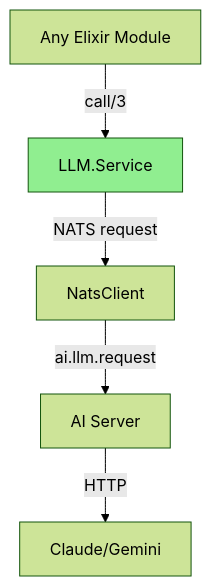
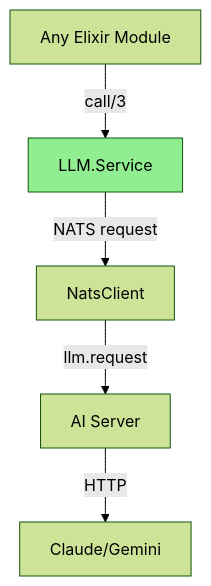
The fourth of 6 diagrams in docs/guides/OPTIMAL_AI_DOCUMENTATION_PATTERN.md (mikkihugo/ex_llm), drawn with Mermaid (forest theme) before and after one commit. The commit also changed other lines of this file and 9 other files, not shown here.

````diff
--- a/docs/guides/OPTIMAL_AI_DOCUMENTATION_PATTERN.md
+++ b/docs/guides/OPTIMAL_AI_DOCUMENTATION_PATTERN.md
@@ -281,14 +281,14 @@
   ```mermaid
   graph TB
       Agent[Any Elixir Module]
       Service[LLM.Service]
       NATS[NatsClient]
       AI[AI Server]
 
       Agent -->|call/3| Service
       Service -->|NATS request| NATS
-      NATS -->|ai.llm.request| AI
+      NATS -->|llm.request| AI
       AI -->|HTTP| Claude/Gemini
 
       style Service fill:#90EE90
   ```
````
